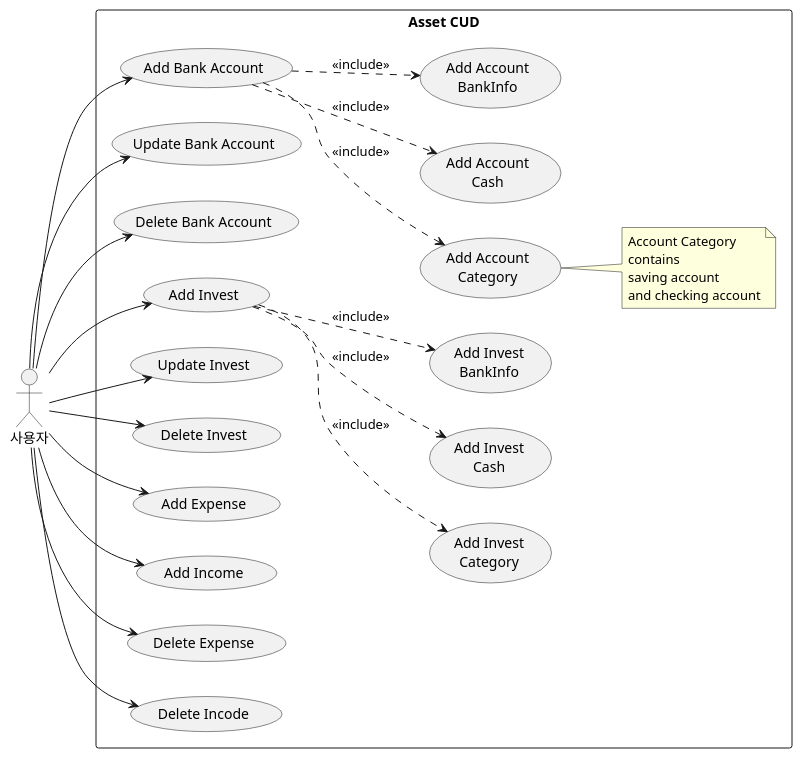
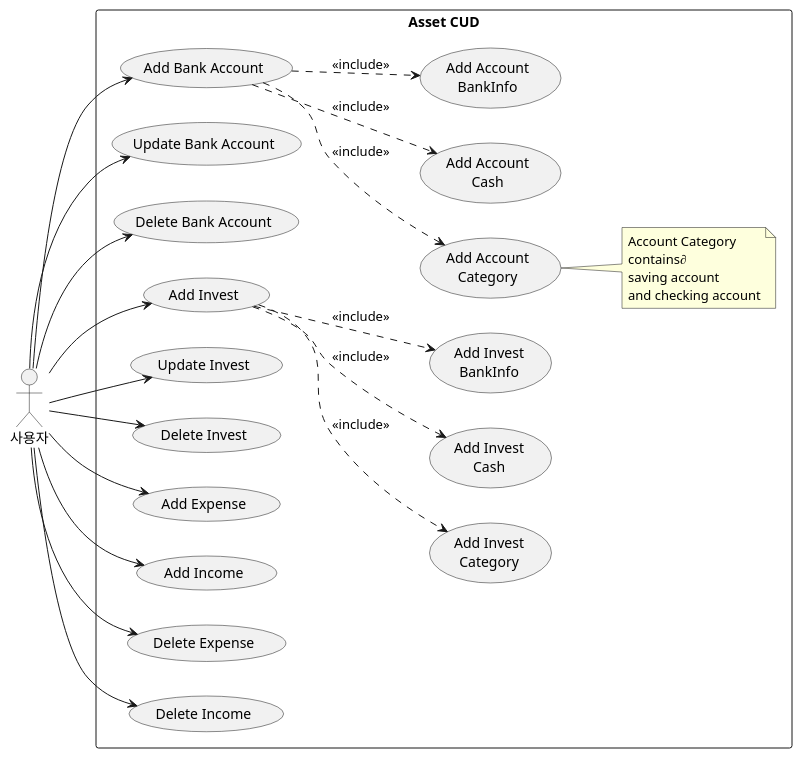
Before and after one commit to ye-geeee/moni-app-server: the diagram in diagram/use-case/asset-cud.puml, drawn with PlantUML.

Commit message:
typo: Fix wrong typo
Incode -> Income

```diff
--- a/diagram/use-case/asset-cud.puml
+++ b/diagram/use-case/asset-cud.puml
@@ -1,57 +1,57 @@
 @startuml
 
 actor 사용자 as USER
 left to right direction
 
 rectangle "Asset CUD" {
     usecase "Add Bank Account" as ADD_BA
     usecase "Update Bank Account" as UP_BA
     usecase "Delete Bank Account" as DEL_BA
 
     USER --> ADD_BA
     USER --> UP_BA
     USER --> DEL_BA
 
     usecase "Add Account\nCategory" as ADD_BA_CAT
     usecase "Add Account\nCash" as ADD_BA_CASH
     usecase "Add Account\nBankInfo" as ADD_BA_BI
 
     note right of (ADD_BA_CAT)
     Account Category
-    contains
+    contains∂
     saving account
     and checking account
     end note
 
     ADD_BA ..> ADD_BA_CAT : <<include>>
     ADD_BA ..> ADD_BA_CASH : <<include>>
     ADD_BA ..> ADD_BA_BI : <<include>>
 
     usecase "Add Invest"  as ADD_IV
     usecase "Update Invest"  as UP_IV
     usecase "Delete Invest"  as DEL_IV
 
     USER --> ADD_IV
     USER --> UP_IV
     USER --> DEL_IV
 
     usecase "Add Invest\nCategory" as ADD_IV_CAT
     usecase "Add Invest\nCash" as ADD_IV_CASH
     usecase "Add Invest\nBankInfo" as ADD_IV_BI
 
     ADD_IV ..> ADD_IV_CAT : <<include>>
     ADD_IV ..> ADD_IV_CASH : <<include>>
     ADD_IV ..> ADD_IV_BI : <<include>>
 
     usecase "Add Expense" as ADD_EX
     usecase "Add Income" as ADD_IN
     usecase "Delete Expense" as DEL_EX
-    usecase "Delete Incode" as DEL_IN
+    usecase "Delete Income" as DEL_IN
 
     USER --> ADD_EX
     USER --> ADD_IN
     USER --> DEL_EX
     USER --> DEL_IN
 }
 
 @enduml
```
